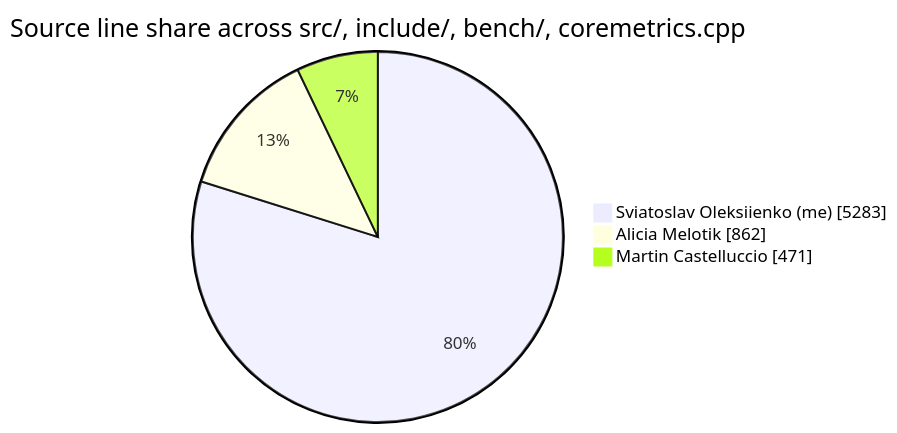
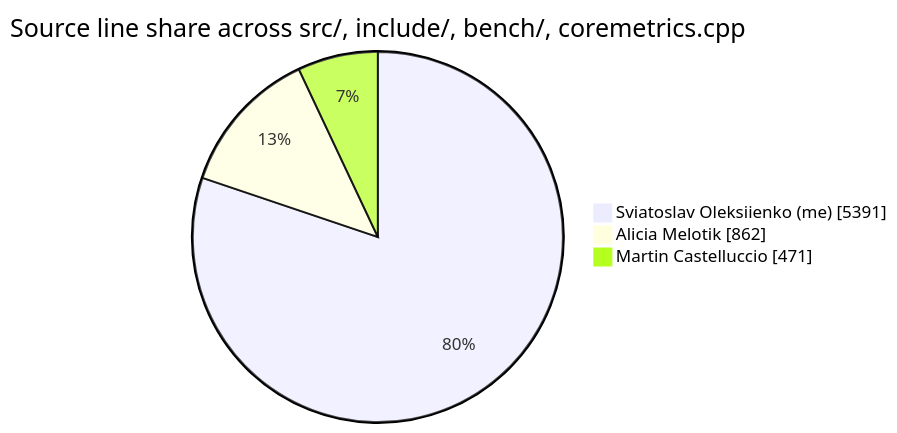
Before and after one commit to sviatil0/coremetrics: the second of 2 diagrams in README.md, drawn with Mermaid. The commit also changed other lines of this file and 2 other files, not shown here.

````diff
--- a/README.md
+++ b/README.md
@@ -350,7 +350,7 @@
 ```mermaid
 pie showData
     title Source line share across src/, include/, bench/, coremetrics.cpp
-    "Sviatoslav Oleksiienko (me)" : 5283
+    "Sviatoslav Oleksiienko (me)" : 5391
     "Alicia Melotik" : 862
     "Martin Castelluccio" : 471
 ```
````
